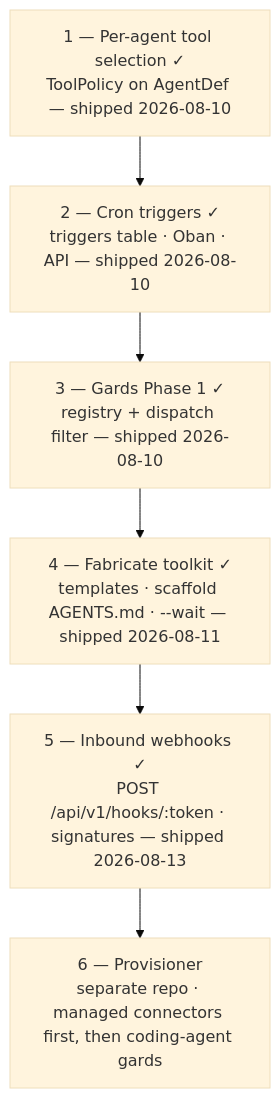
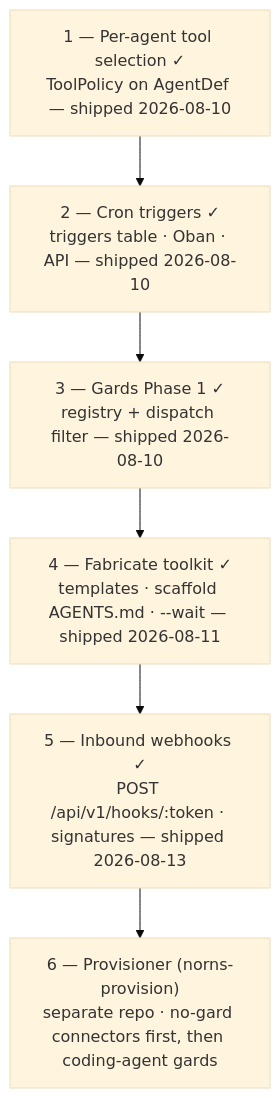
One commit to amackera/norns changed the diagram in docs/roadmap.md. Above: the diagram before and after it, drawn with Mermaid (base theme). The commit also changed other lines of this file and 5 other files, not shown here.

First line of the commit message:
Sync docs with v0.5 state; correct provisioner design to no-gard connectors

````diff
--- a/docs/roadmap.md
+++ b/docs/roadmap.md
@@ -54,10 +56,10 @@
 ```mermaid
 flowchart TB
     A["1 — Per-agent tool selection ✓<br/>ToolPolicy on AgentDef — shipped 2026-08-10"]
     B["2 — Cron triggers ✓<br/>triggers table · Oban · API — shipped 2026-08-10"]
     C["3 — Gards Phase 1 ✓<br/>registry + dispatch filter — shipped 2026-08-10"]
     D["4 — Fabricate toolkit ✓<br/>templates · scaffold AGENTS.md · --wait — shipped 2026-08-11"]
     E["5 — Inbound webhooks ✓<br/>POST /api/v1/hooks/:token · signatures — shipped 2026-08-13"]
-    F["6 — Provisioner<br/>separate repo · managed connectors first, then coding-agent gards"]
+    F["6 — Provisioner (norns-provision)<br/>separate repo · no-gard connectors first, then coding-agent gards"]
     A --> B --> C --> D --> E --> F
 ```
````
